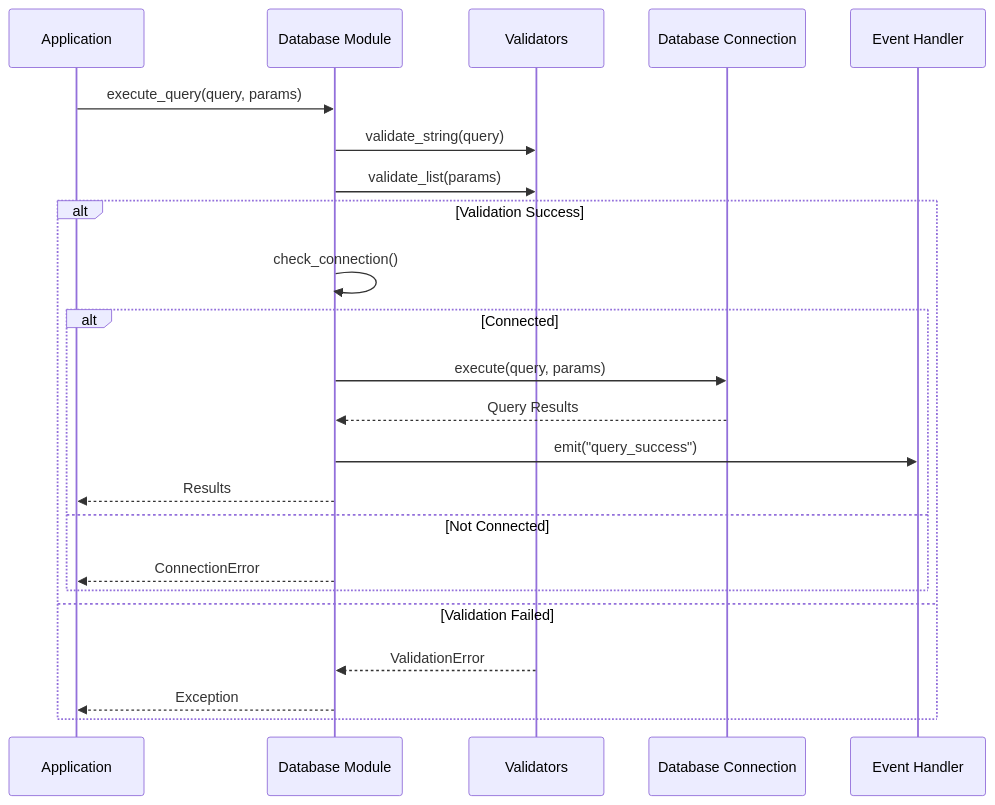
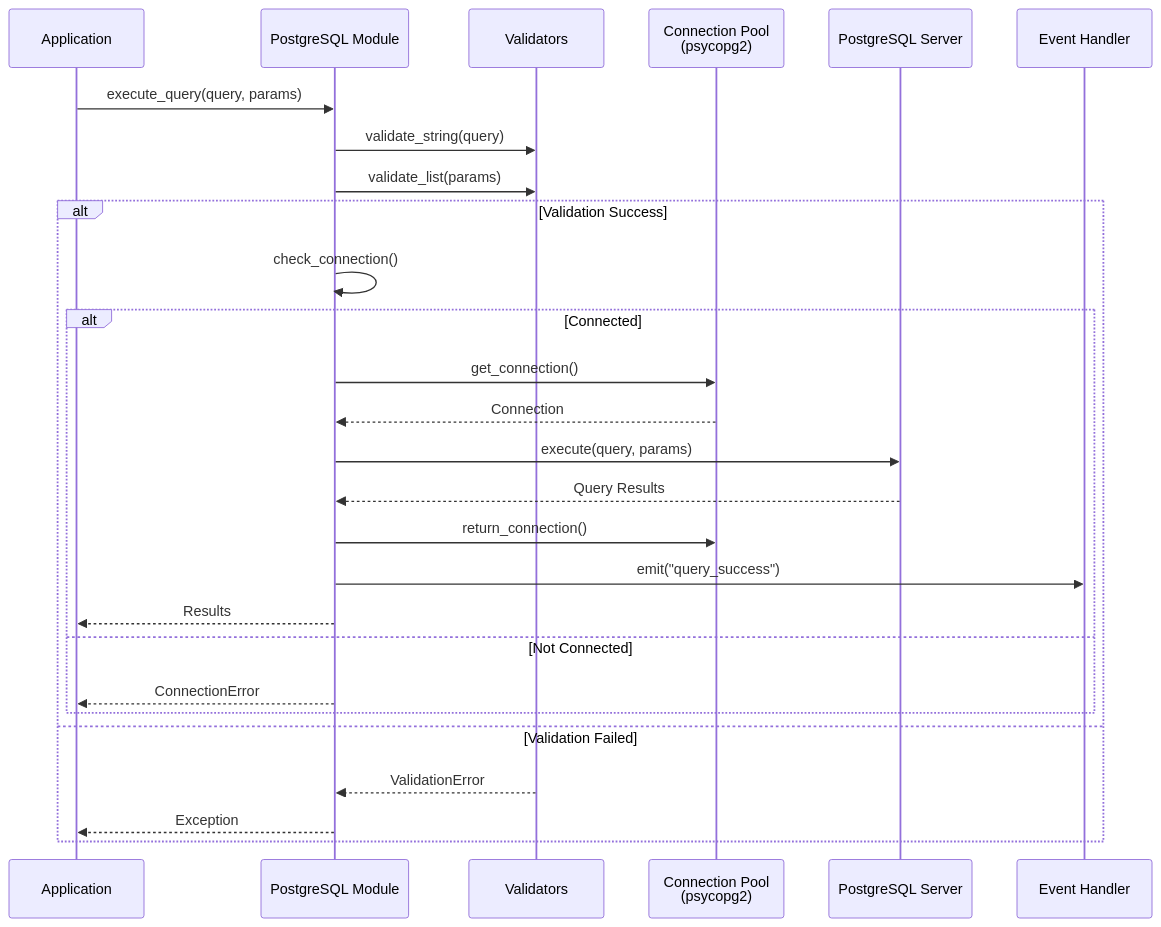
Before and after one commit to Kevinparashar/motadata-AI-sdk-2.0: the sixth of 16 diagrams in ARCHITECTURE.md, drawn with Mermaid. The commit also changed other lines of this file and 12 other files, not shown here.

````diff
--- a/ARCHITECTURE.md
+++ b/ARCHITECTURE.md
@@ -330,26 +334,30 @@
 ```mermaid
 sequenceDiagram
     participant App as Application
-    participant DB as Database Module
+    participant DB as PostgreSQL Module
     participant Validator as Validators
-    participant Conn as Database Connection
+    participant Pool as Connection Pool<br/>(psycopg2)
+    participant PG as PostgreSQL Server
     participant Event as Event Handler
     
     App->>DB: execute_query(query, params)
     DB->>Validator: validate_string(query)
     DB->>Validator: validate_list(params)
     alt Validation Success
         DB->>DB: check_connection()
         alt Connected
-            DB->>Conn: execute(query, params)
-            Conn-->>DB: Query Results
+            DB->>Pool: get_connection()
+            Pool-->>DB: Connection
+            DB->>PG: execute(query, params)
+            PG-->>DB: Query Results
+            DB->>Pool: return_connection()
             DB->>Event: emit("query_success")
             DB-->>App: Results
         else Not Connected
             DB-->>App: ConnectionError
         end
     else Validation Failed
         Validator-->>DB: ValidationError
         DB-->>App: Exception
     end
 ```
````
